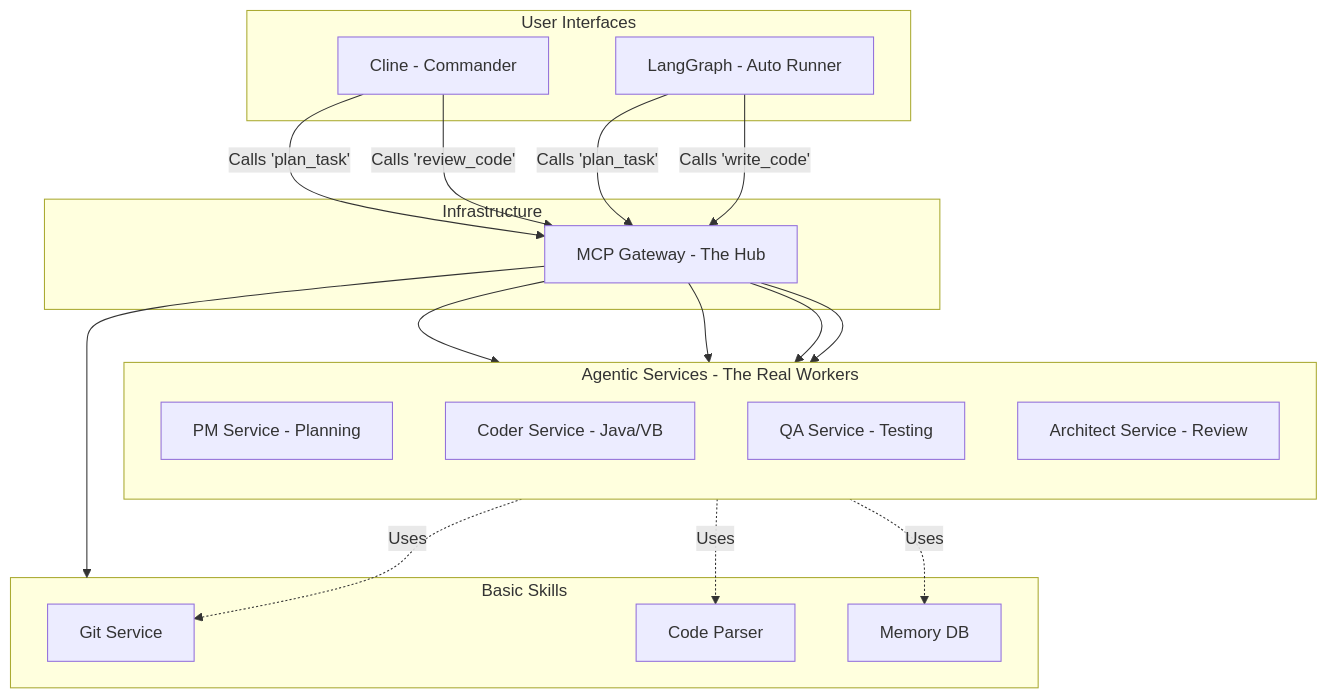
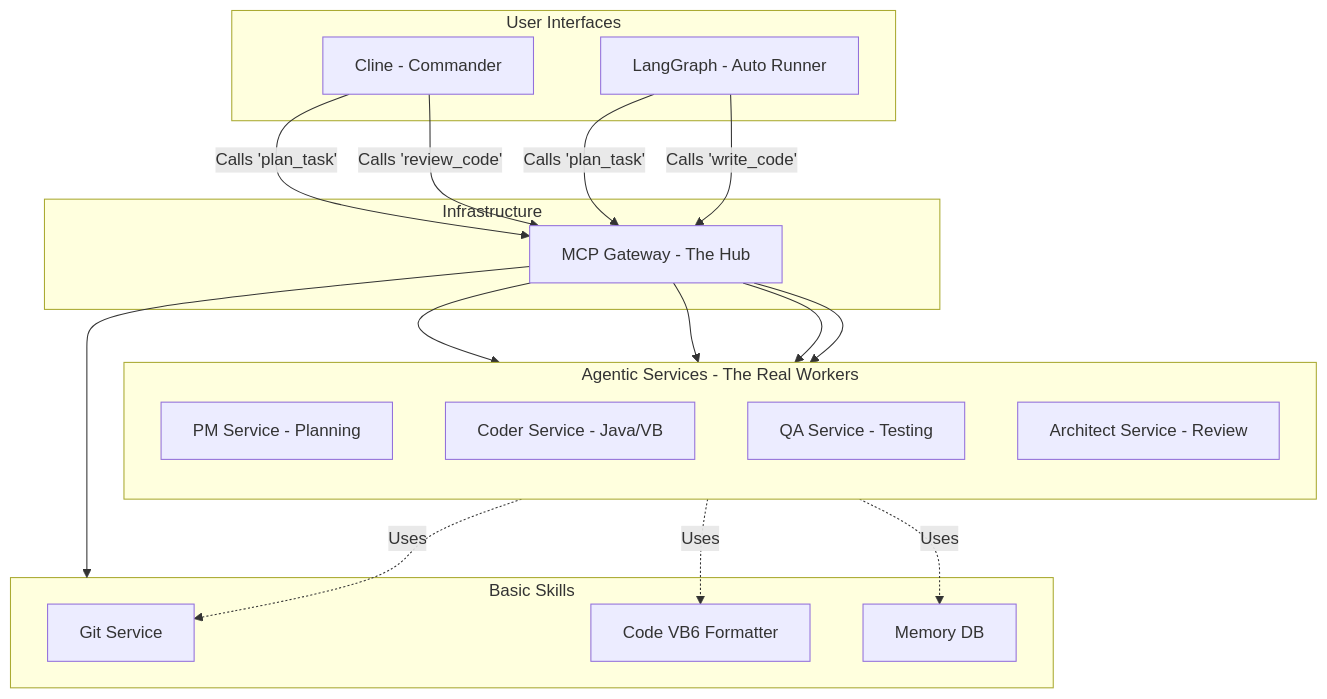
One commit to wmwang/ai_coding_agent changed the first of 2 diagrams in docs/custom_agent_design.md. Above: the diagram before and after it, drawn with Mermaid.

Commit message:
Add VB6 Formatter to Basic Tools subgraph

````diff
--- a/docs/custom_agent_design.md
+++ b/docs/custom_agent_design.md
@@ -18,45 +18,46 @@
 ```mermaid
 flowchart TD
     subgraph Users [User Interfaces]
         Cline[Cline - Commander]
         AutoScript[LangGraph - Auto Runner]
     end
 
     subgraph Router [Infrastructure]
         Gateway[MCP Gateway - The Hub]
     end
 
     subgraph Services [Agentic Services - The Real Workers]
         direction TB
         PM_Service[PM Service - Planning]
         Dev_Service[Coder Service - Java/VB]
         QA_Service[QA Service - Testing]
         Arch_Service[Architect Service - Review]
     end
 
     subgraph BasicTools [Basic Skills]
         Git[Git Service]
         Parser[Code Parser]
+        Parser[Code VB6 Formatter]
         DB[Memory DB]
     end
 
     %% Cline Calls
     Cline -->|Calls 'plan_task'| Gateway
     Cline -->|Calls 'review_code'| Gateway
 
     %% LangGraph Calls
     AutoScript -->|Calls 'plan_task'| Gateway
     AutoScript -->|Calls 'write_code'| Gateway
     
     %% Gateway Routing
     Gateway --> PM_Service
     Gateway --> Dev_Service
     Gateway --> QA_Service
     Gateway --> Arch_Service
     Gateway --> BasicTools
 
     %% Services use Basic Tools
     PM_Service -.->|Uses| DB
     Dev_Service -.->|Uses| Parser
     Dev_Service -.->|Uses| Git
 ```
````
